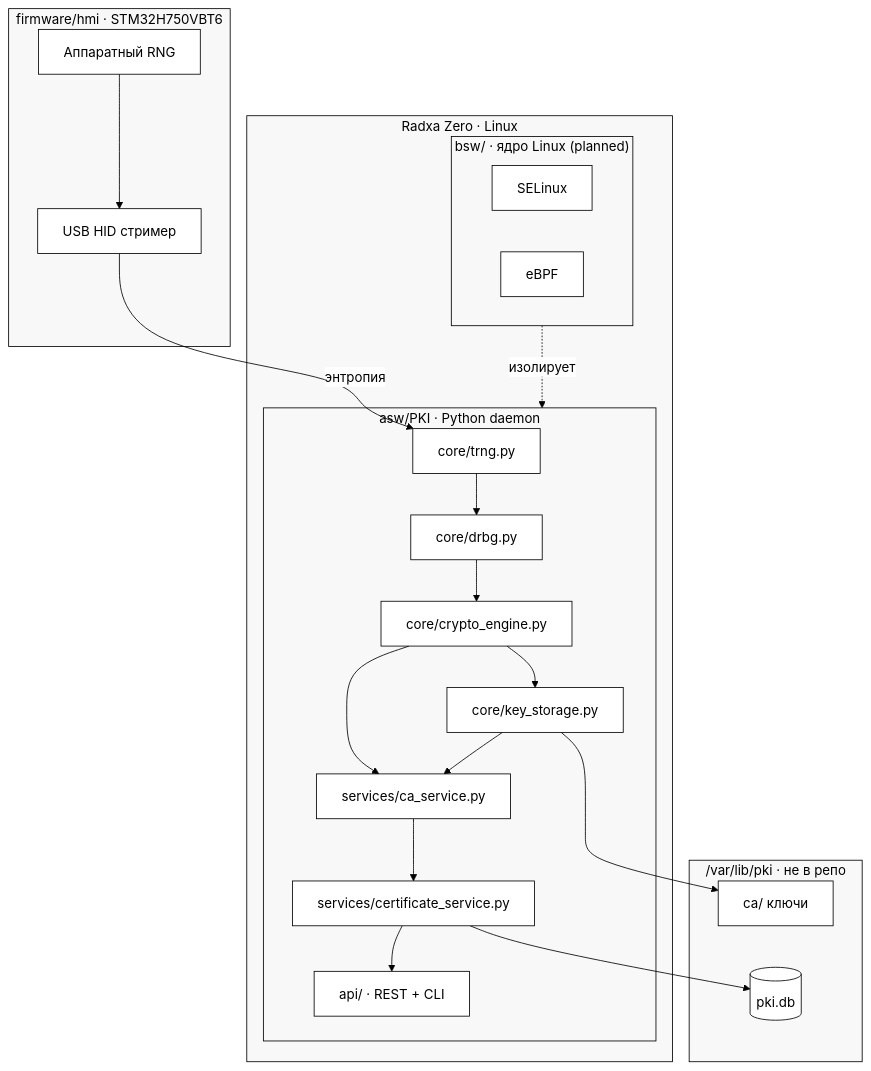
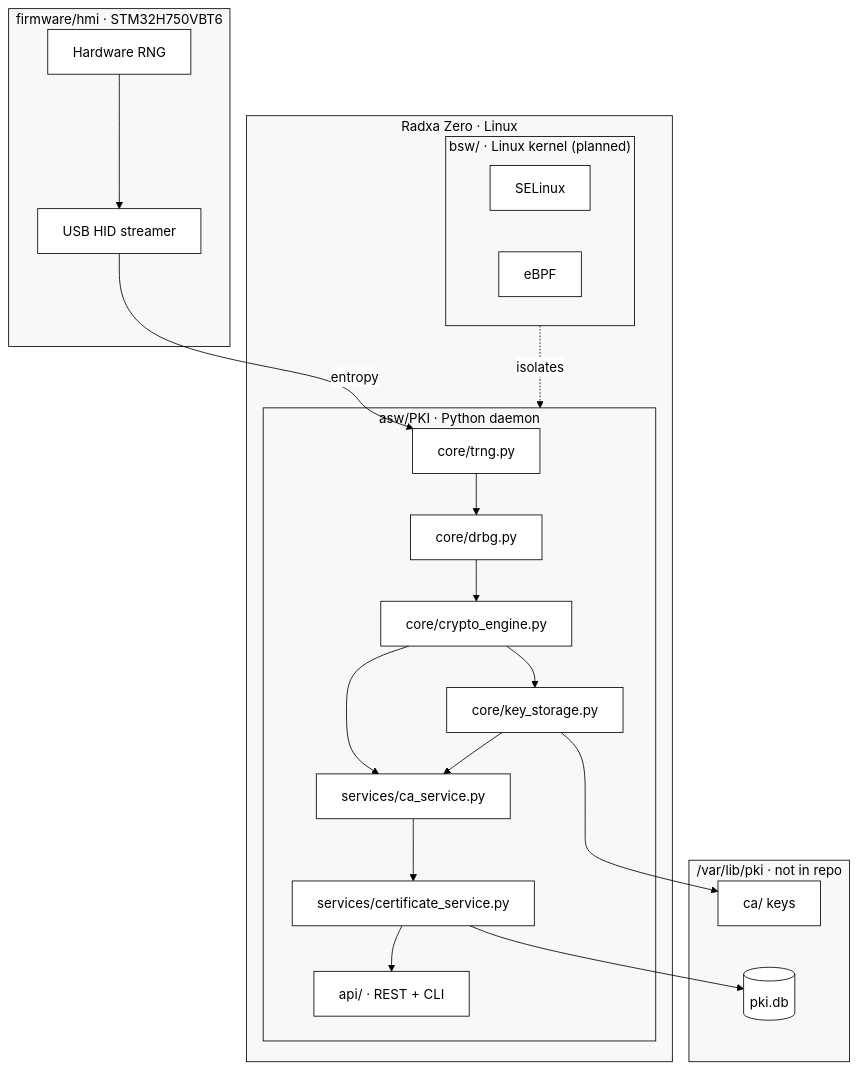
Before and after one commit to vasilievsv/hw.pki-on-box: the first of 2 diagrams in README.md, drawn with Mermaid. The commit also changed other lines of this file, not shown here.

````diff
--- a/README.md
+++ b/README.md
@@ -43,39 +41,39 @@
 ```mermaid
 %%{init: {'theme': 'base', 'themeVariables': {'primaryColor': '#ffffff', 'primaryTextColor': '#000000', 'primaryBorderColor': '#000000', 'lineColor': '#000000', 'secondaryColor': '#f0f0f0', 'tertiaryColor': '#ffffff', 'background': '#ffffff', 'mainBkg': '#ffffff', 'nodeBorder': '#000000', 'clusterBkg': '#f8f8f8', 'clusterBorder': '#000000', 'titleColor': '#000000', 'edgeLabelBackground': '#ffffff'}}}%%
 graph TB
     subgraph HMI["firmware/hmi · STM32H750VBT6"]
-        TRNG_HW[Аппаратный RNG] --> USB_HID[USB HID стример]
+        TRNG_HW[Hardware RNG] --> USB_HID[USB HID streamer]
     end
 
     subgraph SBC["Radxa Zero · Linux"]
         subgraph ASW["asw/PKI · Python daemon"]
             TRNG[core/trng.py]
             DRBG[core/drbg.py]
             CRYPTO[core/crypto_engine.py]
             KEYS[core/key_storage.py]
             CA[services/ca_service.py]
             CERT[services/certificate_service.py]
             API[api/ · REST + CLI]
 
             TRNG --> DRBG --> CRYPTO --> KEYS
             CRYPTO --> CA --> CERT --> API
             KEYS --> CA
         end
 
-        subgraph BSW["bsw/ · ядро Linux (planned)"]
+        subgraph BSW["bsw/ · Linux kernel (planned)"]
             SELINUX[SELinux]
             EBPF[eBPF]
         end
     end
 
-    subgraph STORAGE["/var/lib/pki · не в репо"]
-        CA_KEYS[ca/ ключи]
+    subgraph STORAGE["/var/lib/pki · not in repo"]
+        CA_KEYS[ca/ keys]
         DB[(pki.db)]
         CA_KEYS ~~~ DB
     end
 
-    USB_HID -->|энтропия| TRNG
-    BSW -. изолирует .-> ASW
+    USB_HID -->|entropy| TRNG
+    BSW -. isolates .-> ASW
     KEYS --> CA_KEYS
     CERT --> DB
 ```
````
